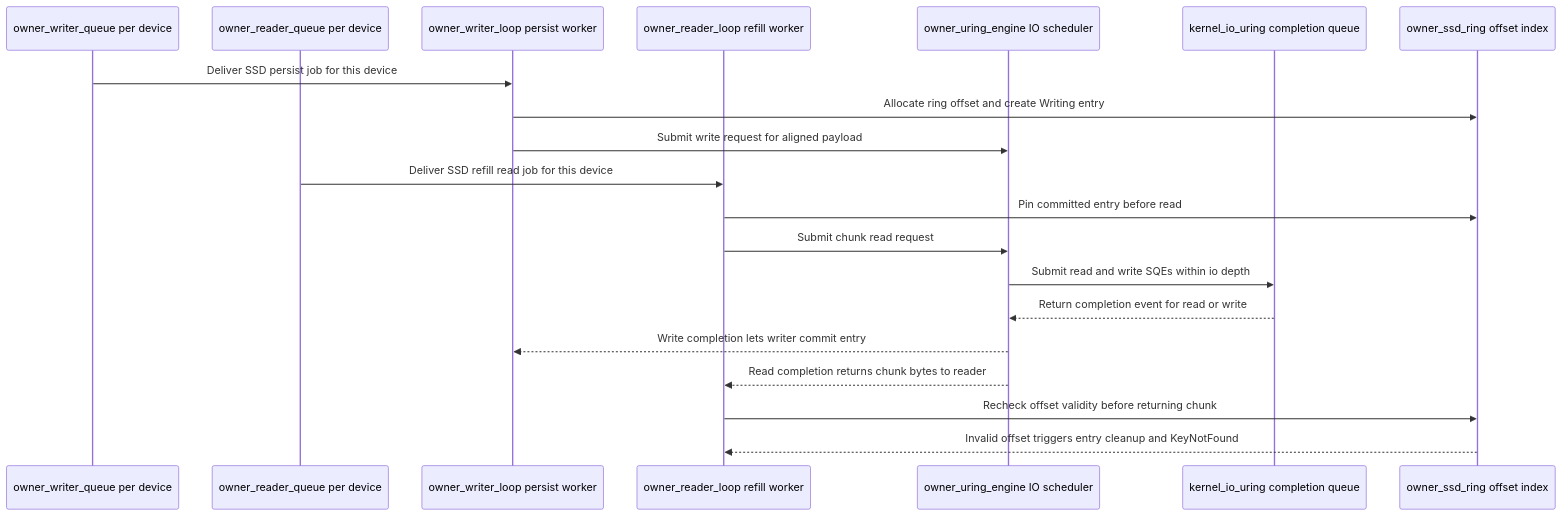
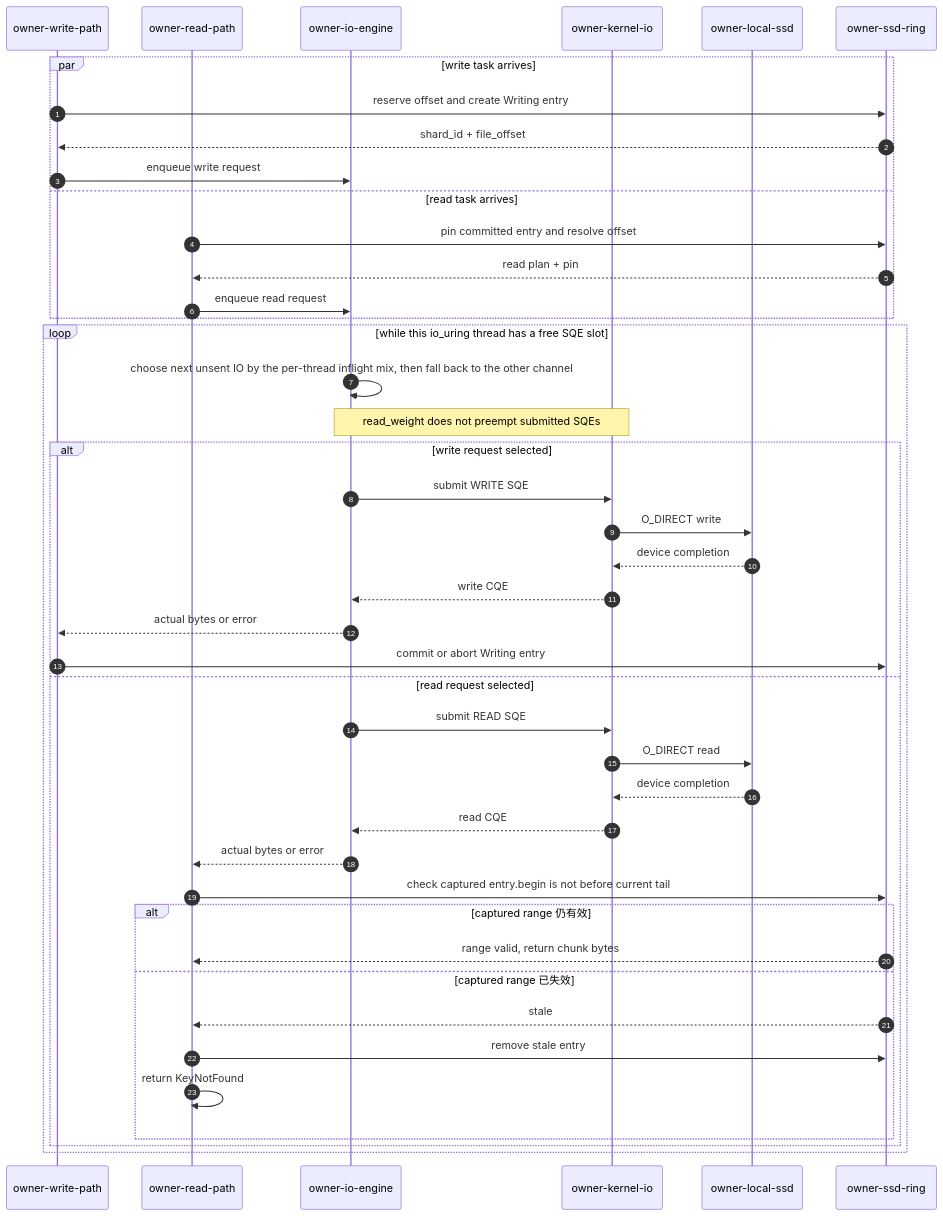
The sixth of 8 diagrams in fluxon_doc_cn/design/kv_5_SSD存储设计.md (Tele-AI/Fluxon), drawn with Mermaid before and after one commit. The commit also changed other lines of this file and 8 other files, not shown here.

````diff
--- a/fluxon_doc_cn/design/kv_5_SSD存储设计.md
+++ b/fluxon_doc_cn/design/kv_5_SSD存储设计.md
@@ -546,22 +826,47 @@
 ```mermaid
 sequenceDiagram
-    participant owner_writer_queue as owner_writer_queue per device
-    participant owner_reader_queue as owner_reader_queue per device
-    participant owner_writer_loop as owner_writer_loop persist worker
-    participant owner_reader_loop as owner_reader_loop refill worker
-    participant owner_uring_engine as owner_uring_engine IO scheduler
-    participant kernel_io_uring as kernel_io_uring completion queue
-    participant owner_ssd_ring as owner_ssd_ring offset index
-    owner_writer_queue->>owner_writer_loop: Deliver SSD persist job for this device
-    owner_writer_loop->>owner_ssd_ring: Allocate ring offset and create Writing entry
-    owner_writer_loop->>owner_uring_engine: Submit write request for aligned payload
-    owner_reader_queue->>owner_reader_loop: Deliver SSD refill read job for this device
-    owner_reader_loop->>owner_ssd_ring: Pin committed entry before read
-    owner_reader_loop->>owner_uring_engine: Submit chunk read request
-    owner_uring_engine->>kernel_io_uring: Submit read and write SQEs within io depth
-    kernel_io_uring-->>owner_uring_engine: Return completion event for read or write
-    owner_uring_engine-->>owner_writer_loop: Write completion lets writer commit entry
-    owner_uring_engine-->>owner_reader_loop: Read completion returns chunk bytes to reader
-    owner_reader_loop->>owner_ssd_ring: Recheck offset validity before returning chunk
-    owner_ssd_ring-->>owner_reader_loop: Invalid offset triggers entry cleanup and KeyNotFound
+    autonumber
+    participant owner_write as owner-write-path
+    participant owner_read as owner-read-path
+    participant owner_engine as owner-io-engine
+    participant owner_kernel as owner-kernel-io
+    participant owner_media as owner-local-ssd
+    participant owner_ring as owner-ssd-ring
+
+    par write task arrives
+        owner_write->>owner_ring: reserve offset and create Writing entry
+        owner_ring-->>owner_write: shard_id + file_offset
+        owner_write->>owner_engine: enqueue write request
+    and read task arrives
+        owner_read->>owner_ring: pin committed entry and resolve offset
+        owner_ring-->>owner_read: read plan + pin
+        owner_read->>owner_engine: enqueue read request
+    end
+
+    loop while this io_uring thread has a free SQE slot
+        owner_engine->>owner_engine: choose next unsent IO by the per-thread inflight mix, then fall back to the other channel
+        Note over owner_engine,owner_kernel: read_weight does not preempt submitted SQEs
+        alt write request selected
+            owner_engine->>owner_kernel: submit WRITE SQE
+            owner_kernel->>owner_media: O_DIRECT write
+            owner_media-->>owner_kernel: device completion
+            owner_kernel-->>owner_engine: write CQE
+            owner_engine-->>owner_write: actual bytes or error
+            owner_write->>owner_ring: commit or abort Writing entry
+        else read request selected
+            owner_engine->>owner_kernel: submit READ SQE
+            owner_kernel->>owner_media: O_DIRECT read
+            owner_media-->>owner_kernel: device completion
+            owner_kernel-->>owner_engine: read CQE
+            owner_engine-->>owner_read: actual bytes or error
+            owner_read->>owner_ring: check captured entry.begin is not before current tail
+            alt captured range 仍有效
+                owner_ring-->>owner_read: range valid, return chunk bytes
+            else captured range 已失效
+                owner_ring-->>owner_read: stale
+                owner_read->>owner_ring: remove stale entry
+                owner_read->>owner_read: return KeyNotFound
+            end
+        end
+    end
 ```
````
